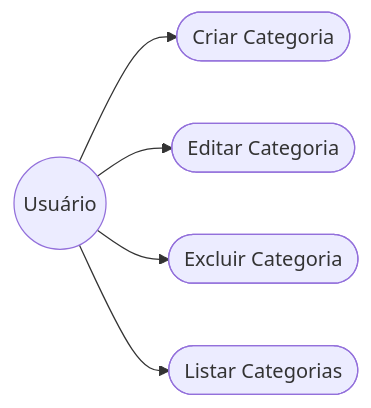
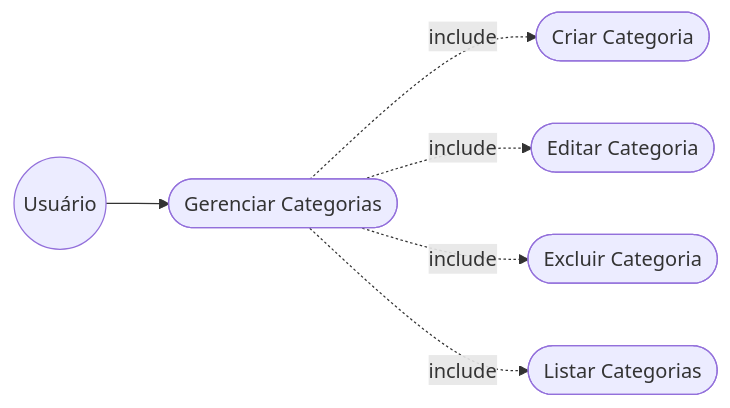
One commit to NEXA-project-br/NEXA changed the third of 7 diagrams in relacionamento/dcu.md. Above: the diagram before and after it, drawn with Mermaid. The commit also changed other lines of this file, not shown here.

Commit message:
Update user interactions for category management

````diff
--- a/relacionamento/dcu.md
+++ b/relacionamento/dcu.md
@@ -39,14 +39,17 @@
 ```mermaid
 graph LR
   U((Usuário))
+  RF03([Gerenciar Categorias])
 
   A1([Criar Categoria])
   A2([Editar Categoria])
   A3([Excluir Categoria])
   A4([Listar Categorias])
 
-  U --> A1
-  U --> A2
-  U --> A3
-  U --> A4
+  U --> RF03
+
+  RF03 -.->|include| A1
+  RF03 -.->|include| A2
+  RF03 -.->|include| A3
+  RF03 -.->|include| A4
 ```
````
